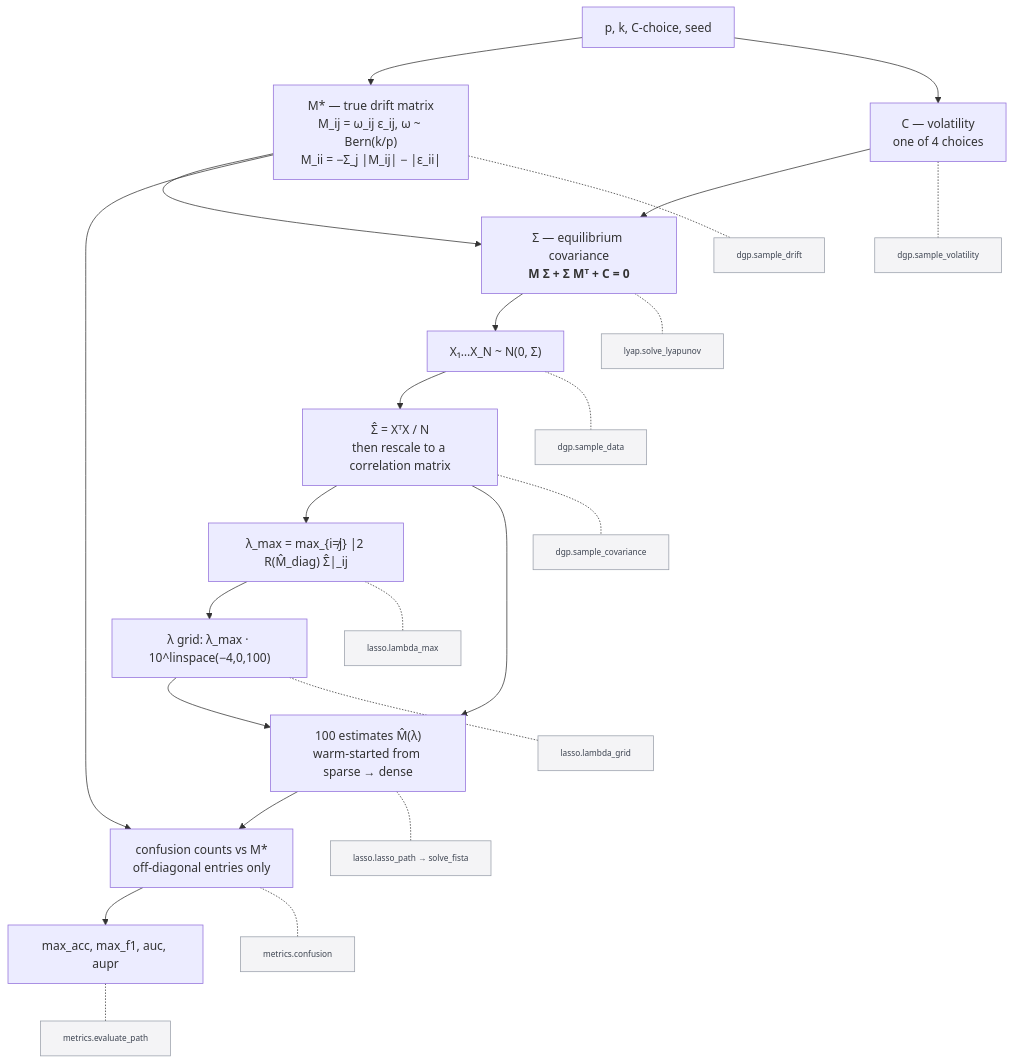
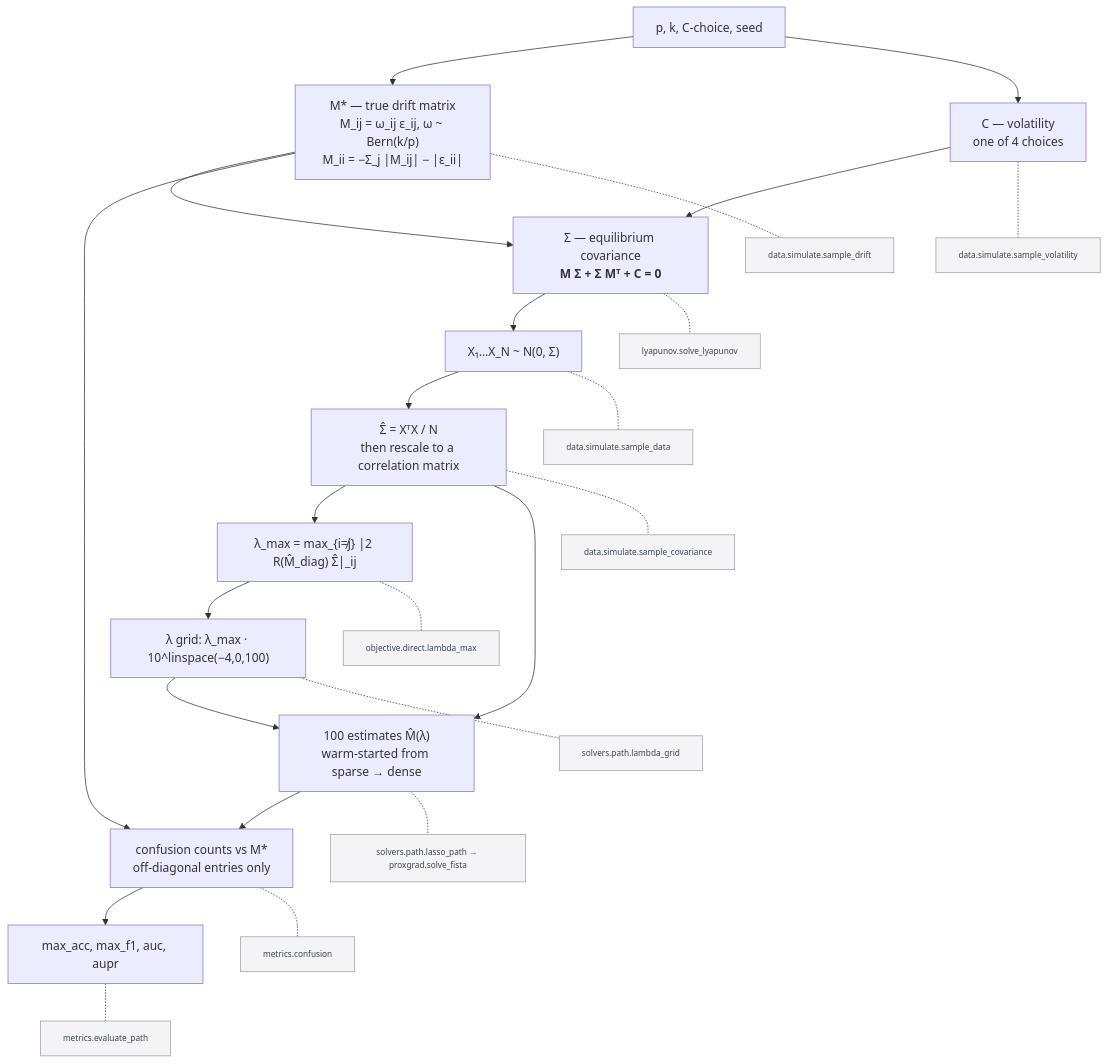
Before and after one commit to rlawnsiiiii/Nonconvex-penalties-for-Graphical-Continuous-Lyapunov-Models: the second of 6 diagrams in ARCHITECTURE.md, drawn with Mermaid. The commit also changed other lines of this file and 48 other files, not shown here.

````diff
--- a/ARCHITECTURE.md
+++ b/ARCHITECTURE.md
@@ -115,30 +160,30 @@
 ```mermaid
 flowchart TD
     A["p, k, C-choice, seed"] --> B["M* — true drift matrix<br/>M_ij = ω_ij ε_ij, ω ~ Bern(k/p)<br/>M_ii = −Σ_j |M_ij| − |ε_ii|"]
     A --> C["C — volatility<br/>one of 4 choices"]
     B --> D["Σ — equilibrium covariance<br/><b>M Σ + Σ Mᵀ + C = 0</b>"]
     C --> D
     D --> E["X₁…X_N ~ N(0, Σ)"]
     E --> F["Σ̂ = XᵀX / N<br/>then rescale to a correlation matrix"]
     F --> G["λ_max = max_{i≠j} |2 R(M̂_diag) Σ̂|_ij"]
     G --> H["λ grid: λ_max · 10^linspace(−4,0,100)"]
     H --> I["100 estimates M̂(λ)<br/>warm-started from sparse → dense"]
     F --> I
     I --> J["confusion counts vs M*<br/>off-diagonal entries only"]
     B --> J
     J --> K["max_acc, max_f1, auc, aupr"]
 
-    B -.- b1["dgp.sample_drift"]
-    C -.- c1["dgp.sample_volatility"]
-    D -.- d1["lyap.solve_lyapunov"]
-    E -.- e1["dgp.sample_data"]
-    F -.- f1["dgp.sample_covariance"]
-    G -.- g1["lasso.lambda_max"]
-    H -.- h1["lasso.lambda_grid"]
-    I -.- i1["lasso.lasso_path → solve_fista"]
+    B -.- b1["data.simulate.sample_drift"]
+    C -.- c1["data.simulate.sample_volatility"]
+    D -.- d1["lyapunov.solve_lyapunov"]
+    E -.- e1["data.simulate.sample_data"]
+    F -.- f1["data.simulate.sample_covariance"]
+    G -.- g1["objective.direct.lambda_max"]
+    H -.- h1["solvers.path.lambda_grid"]
+    I -.- i1["solvers.path.lasso_path → proxgrad.solve_fista"]
     J -.- j1["metrics.confusion"]
     K -.- k1["metrics.evaluate_path"]
 
     classDef fn fill:#f4f4f6,stroke:#9aa0ab,color:#3c4350,font-size:11px
     class b1,c1,d1,e1,f1,g1,h1,i1,j1,k1 fn
 ```
````
